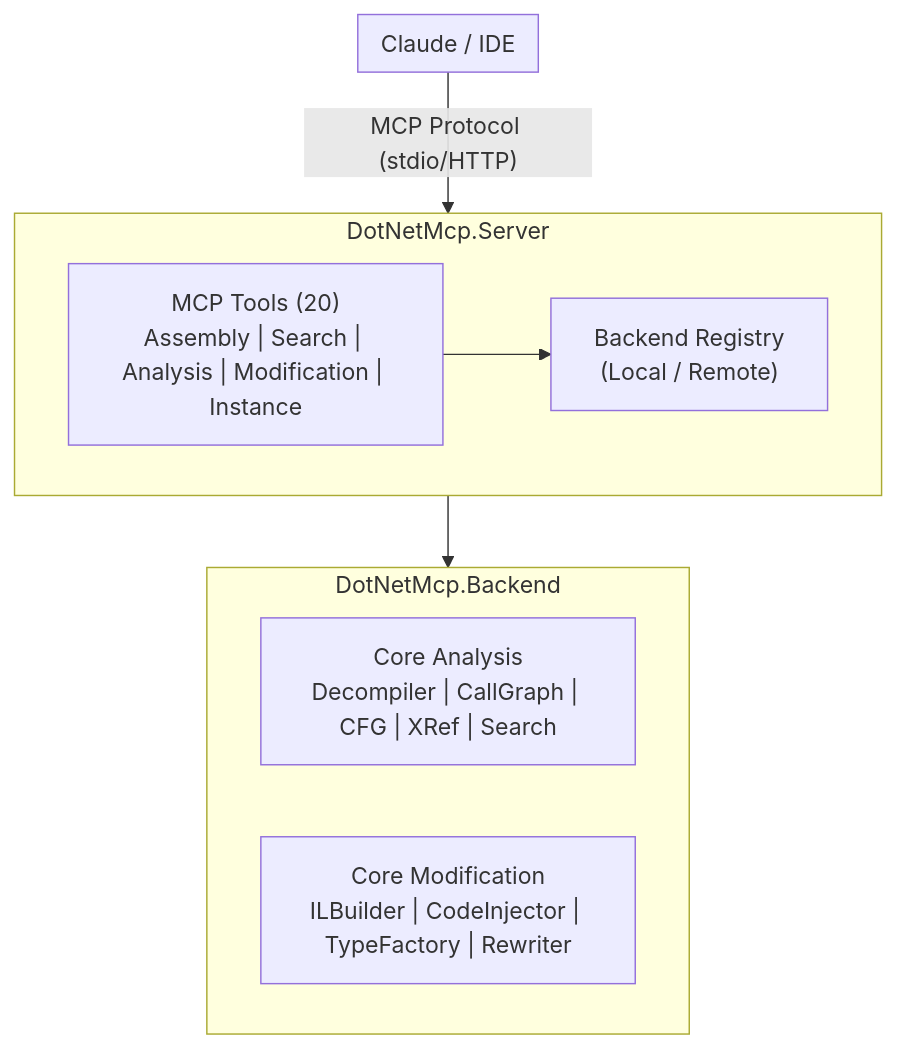
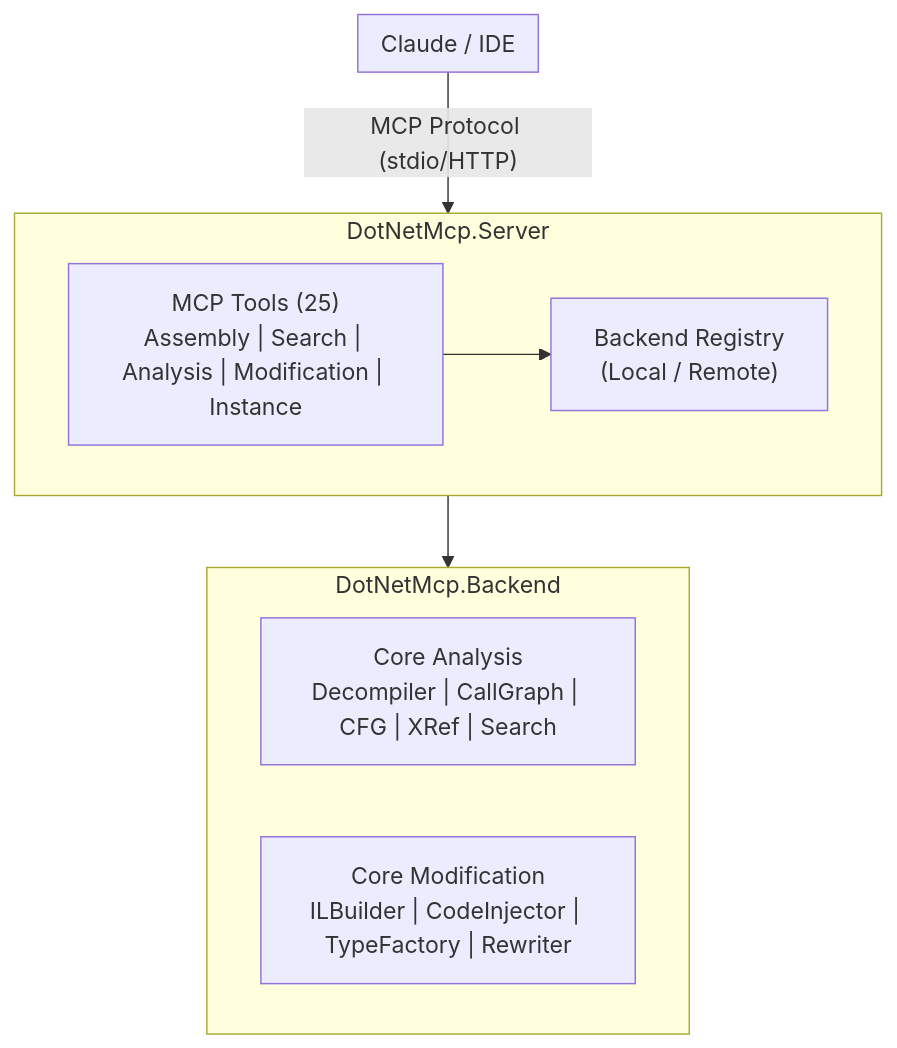
The first of 2 diagrams in README.md (xjoker/DotNetMCP), drawn with Mermaid before and after one commit. The commit also changed other lines of this file and 4 other files, not shown here.

````diff
--- a/README.md
+++ b/README.md
@@ -27,20 +27,20 @@
 ```mermaid
 flowchart TB
     subgraph Client["Claude / IDE"]
     end
 
     Client -->|"MCP Protocol (stdio/HTTP)"| Server
 
     subgraph Server["DotNetMcp.Server"]
-        Tools["MCP Tools (20)<br/>Assembly | Search | Analysis | Modification | Instance"]
+        Tools["MCP Tools (25)<br/>Assembly | Search | Analysis | Modification | Instance"]
         Registry["Backend Registry<br/>(Local / Remote)"]
         Tools --> Registry
     end
 
     Server --> Backend
 
     subgraph Backend["DotNetMcp.Backend"]
         Analysis["Core Analysis<br/>Decompiler | CallGraph | CFG | XRef | Search"]
         Modification["Core Modification<br/>ILBuilder | CodeInjector | TypeFactory | Rewriter"]
     end
 ```
````
